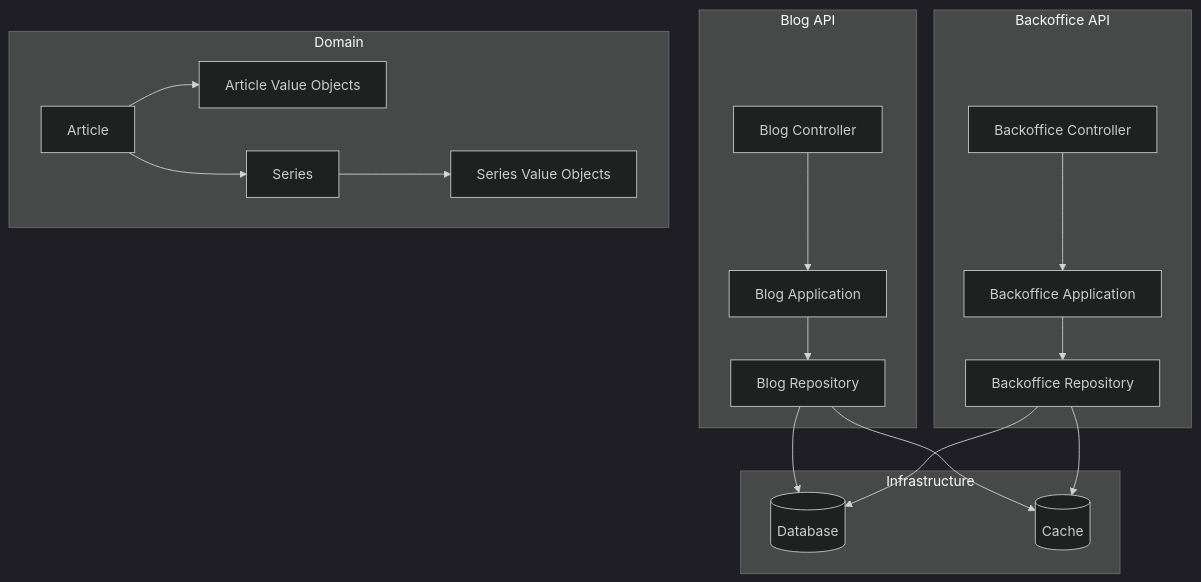
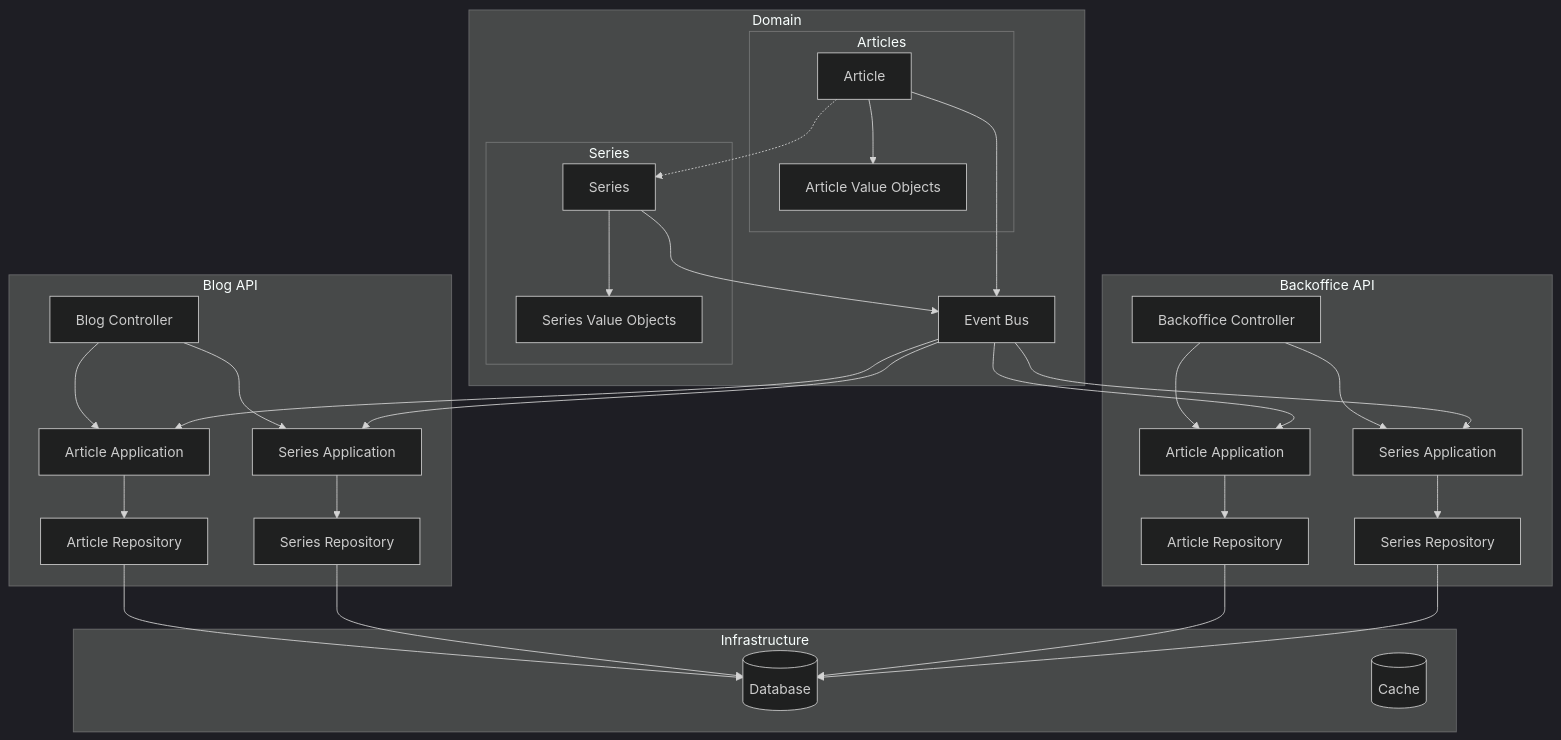
Before and after one commit to pertutatis/personal-web-backend: the first of 4 diagrams in docs/memory-bank/systemPatterns.md, drawn with Mermaid (dark theme). The commit also changed other lines of this file and 3 other files, not shown here.

````diff
--- a/docs/memory-bank/systemPatterns.md
+++ b/docs/memory-bank/systemPatterns.md
@@ -10,41 +10,63 @@
 ```mermaid
 graph TD
     subgraph Blog API
         BC[Blog Controller]
-        BA[Blog Application]
-        BR[Blog Repository]
+        BAC[Article Application]
+        BSC[Series Application]
+        BAR[Article Repository]
+        BSR[Series Repository]
     end
 
     subgraph Backoffice API
         BOC[Backoffice Controller]
-        BOA[Backoffice Application]
-        BOR[Backoffice Repository]
+        BOAC[Article Application]
+        BOSC[Series Application]
+        BOAR[Article Repository]
+        BOSR[Series Repository]
     end
 
     subgraph Domain
-        A[Article]
-        S[Series]
-        VOS[Series Value Objects]
-        VOA[Article Value Objects]
+        subgraph Articles
+            A[Article]
+            VOA[Article Value Objects]
+        end
+
+        subgraph Series
+            S[Series]
+            VOS[Series Value Objects]
+        end
+
+        EB[Event Bus]
     end
 
     subgraph Infrastructure
         DB[(Database)]
         Cache[(Cache)]
     end
 
-    BC --> BA
-    BA --> BR
-    BR --> DB
-
-    BOC --> BOA
-    BOA --> BOR
-    BOR --> DB
-
     A --> VOA
     S --> VOS
-    A --> S
+    A -.-> S
 
-    BR --> Cache
-    BOR --> Cache
+    BC --> BAC
+    BC --> BSC
+    BAC --> BAR
+    BSC --> BSR
+
+    BOC --> BOAC
+    BOC --> BOSC
+    BOAC --> BOAR
+    BOSC --> BOSR
+
+    BAR --> DB
+    BSR --> DB
+    BOAR --> DB
+    BOSR --> DB
+
+    A --> EB
+    S --> EB
+    EB --> BAC
+    EB --> BSC
+    EB --> BOAC
+    EB --> BOSC
 ```
````
